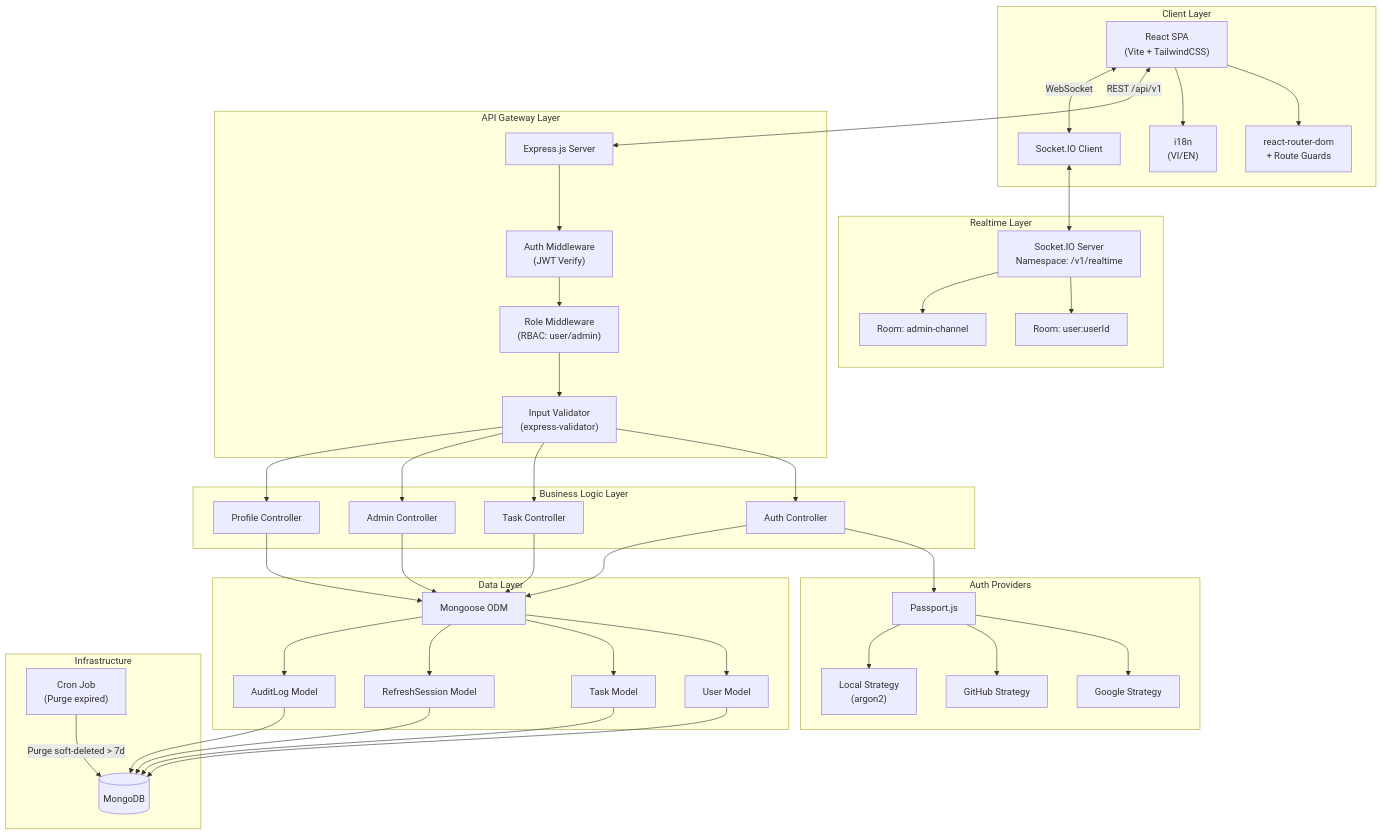
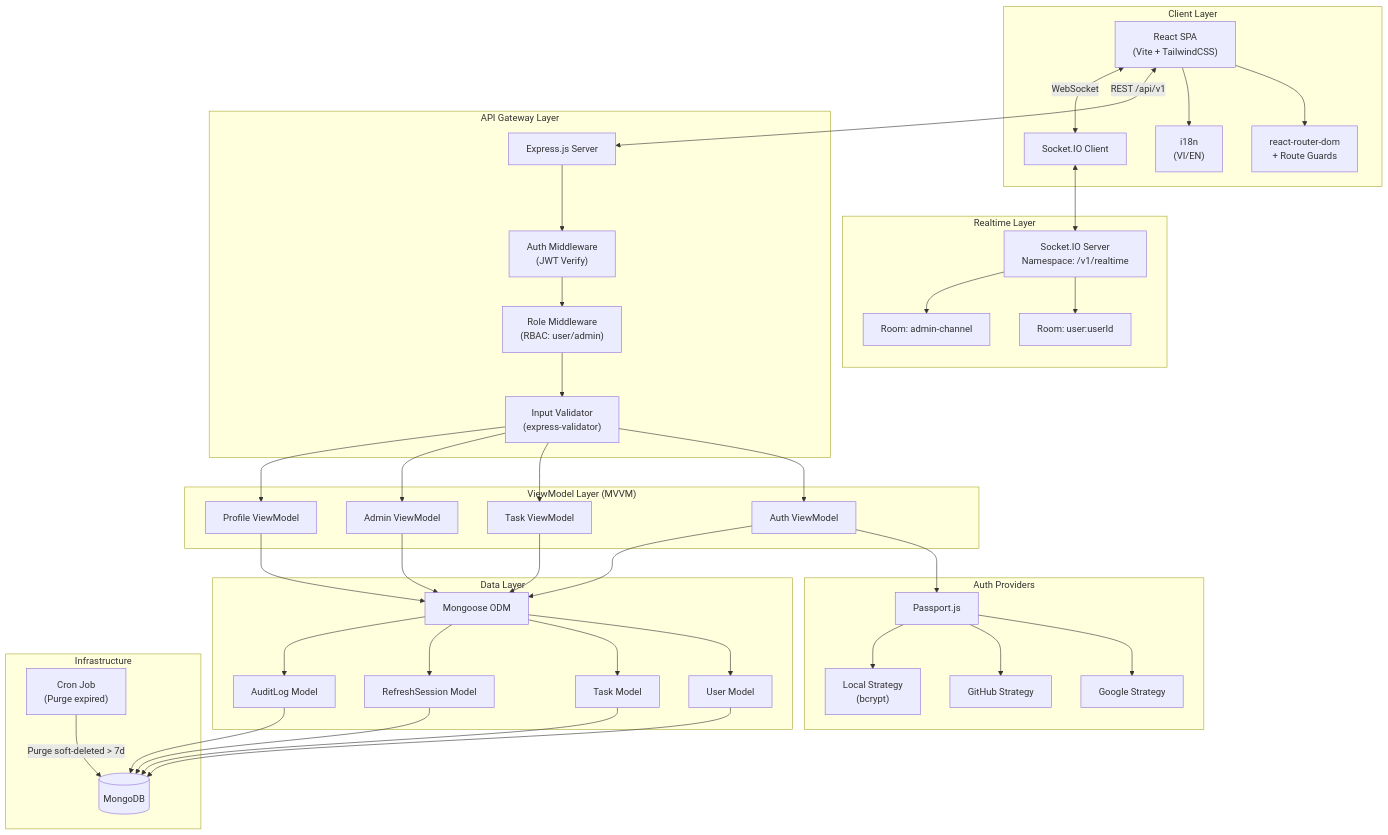
The first of 7 diagrams in docs/05-kien-truc-he-thong.md (vanhuy2005/to-do-list), drawn with Mermaid before and after one commit. The commit also changed other lines of this file and 7 other files, not shown here.

````diff
--- a/docs/05-kien-truc-he-thong.md
+++ b/docs/05-kien-truc-he-thong.md
@@ -9,81 +9,81 @@
 ```mermaid
 graph TB
     subgraph "Client Layer"
         SPA["React SPA<br/>(Vite + TailwindCSS)"]
         Router["react-router-dom<br/>+ Route Guards"]
         I18n["i18n<br/>(VI/EN)"]
         SocketClient["Socket.IO Client"]
     end
 
     subgraph "API Gateway Layer"
         Express["Express.js Server"]
         AuthMW["Auth Middleware<br/>(JWT Verify)"]
         RoleMW["Role Middleware<br/>(RBAC: user/admin)"]
         Validator["Input Validator<br/>(express-validator)"]
     end
 
-    subgraph "Business Logic Layer"
-        AuthCtrl["Auth Controller"]
-        TaskCtrl["Task Controller"]
-        AdminCtrl["Admin Controller"]
-        ProfileCtrl["Profile Controller"]
+    subgraph "ViewModel Layer (MVVM)"
+        AuthVM["Auth ViewModel"]
+        TaskVM["Task ViewModel"]
+        AdminVM["Admin ViewModel"]
+        ProfileVM["Profile ViewModel"]
     end
 
     subgraph "Auth Providers"
         Passport["Passport.js"]
         GoogleOAuth["Google Strategy"]
         GitHubOAuth["GitHub Strategy"]
-        LocalAuth["Local Strategy<br/>(argon2)"]
+        LocalAuth["Local Strategy<br/>(bcrypt)"]
     end
 
     subgraph "Realtime Layer"
         SocketServer["Socket.IO Server<br/>Namespace: /v1/realtime"]
         UserRoom["Room: user:userId"]
         AdminRoom["Room: admin-channel"]
     end
 
     subgraph "Data Layer"
         Mongoose["Mongoose ODM"]
         UserModel["User Model"]
         TaskModel["Task Model"]
         SessionModel["RefreshSession Model"]
         AuditModel["AuditLog Model"]
     end
 
     subgraph "Infrastructure"
         MongoDB[("MongoDB")]
         CronJob["Cron Job<br/>(Purge expired)"]
     end
 
     SPA --> Router
     SPA --> I18n
     SPA <-->|"REST /api/v1"| Express
     SPA <-->|"WebSocket"| SocketClient
     SocketClient <--> SocketServer
 
     Express --> AuthMW --> RoleMW --> Validator
-    Validator --> AuthCtrl
-    Validator --> TaskCtrl
-    Validator --> AdminCtrl
-    Validator --> ProfileCtrl
+    Validator --> AuthVM
+    Validator --> TaskVM
+    Validator --> AdminVM
+    Validator --> ProfileVM
 
-    AuthCtrl --> Passport
+    AuthVM --> Passport
     Passport --> GoogleOAuth
     Passport --> GitHubOAuth
     Passport --> LocalAuth
 
     SocketServer --> UserRoom
     SocketServer --> AdminRoom
 
-    AuthCtrl --> Mongoose
-    TaskCtrl --> Mongoose
-    AdminCtrl --> Mongoose
-    ProfileCtrl --> Mongoose
+    AuthVM --> Mongoose
+    TaskVM --> Mongoose
+    AdminVM --> Mongoose
+    ProfileVM --> Mongoose
 
     Mongoose --> UserModel --> MongoDB
     Mongoose --> TaskModel --> MongoDB
     Mongoose --> SessionModel --> MongoDB
     Mongoose --> AuditModel --> MongoDB
 
     CronJob -->|"Purge soft-deleted > 7d"| MongoDB
 ```
````
